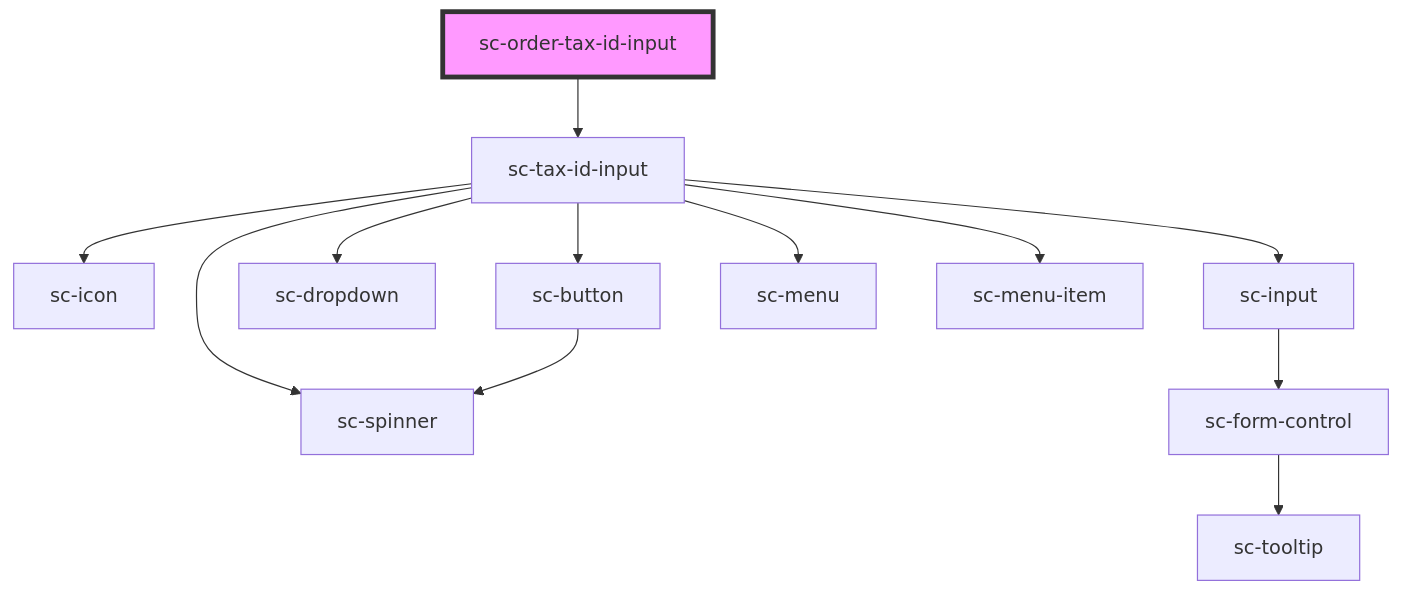
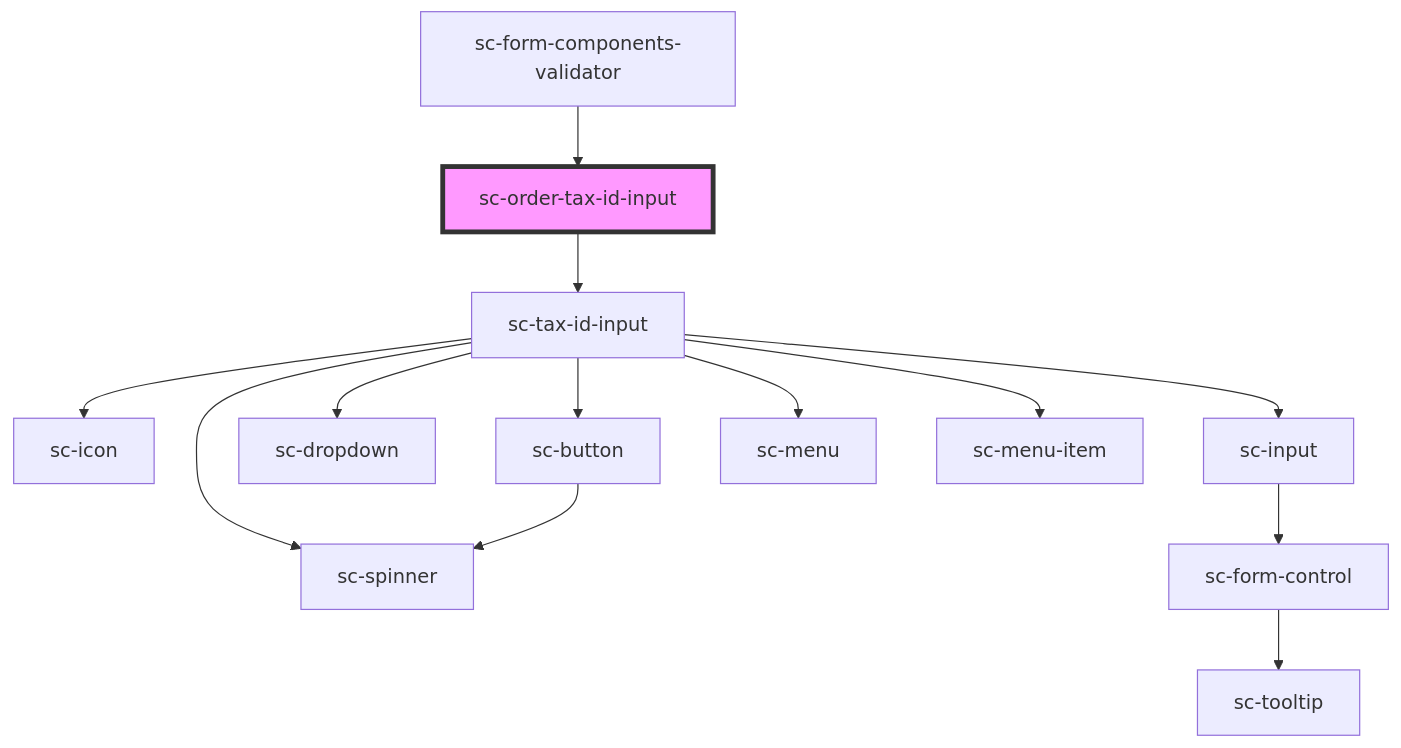
Before and after one commit to surecart/surecart-wp-plugin: the diagram in packages/components/src/components/controllers/checkout-form/order-tax-id-input/readme.md, drawn with Mermaid. The commit also changed other lines of this file and 303 other files, not shown here.

````diff
--- a/packages/components/src/components/controllers/checkout-form/order-tax-id-input/readme.md
+++ b/packages/components/src/components/controllers/checkout-form/order-tax-id-input/readme.md
@@ -32,15 +37,16 @@
 ```mermaid
 graph TD;
   sc-order-tax-id-input --> sc-tax-id-input
   sc-tax-id-input --> sc-icon
   sc-tax-id-input --> sc-input
   sc-tax-id-input --> sc-spinner
   sc-tax-id-input --> sc-dropdown
   sc-tax-id-input --> sc-button
   sc-tax-id-input --> sc-menu
   sc-tax-id-input --> sc-menu-item
   sc-input --> sc-form-control
   sc-form-control --> sc-tooltip
   sc-button --> sc-spinner
+  sc-form-components-validator --> sc-order-tax-id-input
   style sc-order-tax-id-input fill:#f9f,stroke:#333,stroke-width:4px
 ```
````
